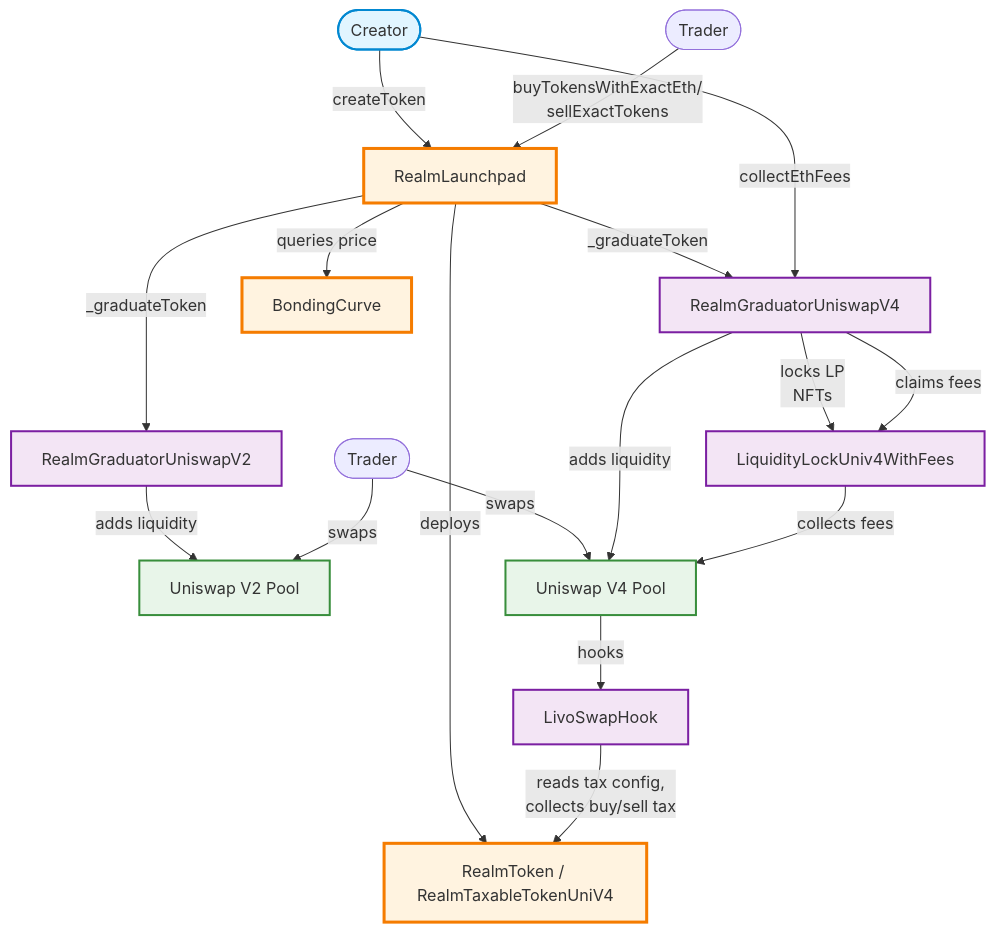
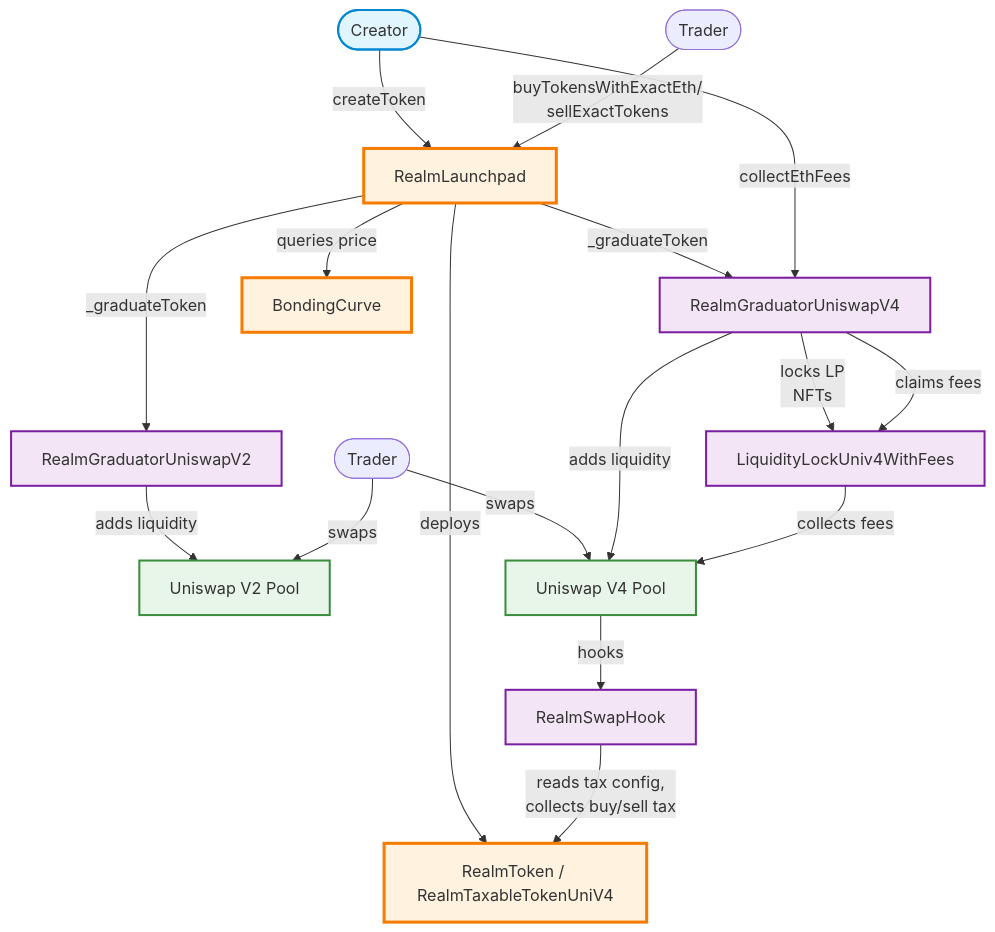
Before and after one commit to RealmLaunchpad/realm-contracts: the diagram in docs/realm-architecture.md, drawn with Mermaid. The commit also changed other lines of this file and 45 other files, not shown here.

````diff
--- a/docs/realm-architecture.md
+++ b/docs/realm-architecture.md
@@ -7,64 +7,64 @@
 ```mermaid
 graph TB
     %% Actors
     Creator([Creator])
     TraderPre([Trader])
     TraderPost([Trader])
 
     %% Main Contracts
     Launchpad[RealmLaunchpad]
     Token[RealmToken / RealmTaxableTokenUniV4]
     GraduatorV2[RealmGraduatorUniswapV2]
     GraduatorV4[RealmGraduatorUniswapV4]
-    SwapHook[LivoSwapHook]
+    SwapHook[RealmSwapHook]
     LiquidityLock[LiquidityLockUniv4WithFees]
 
     %% External Systems
     UniV2[Uniswap V2 Pool]
     UniV4[Uniswap V4 Pool]
 
     %% Token Creation Flow
     Creator -->|createToken| Launchpad
     Launchpad -->|deploys| Token
 
     %% Trading Flow (Pre-Graduation)
     TraderPre -->|buyTokensWithExactEth/
     sellExactTokens| Launchpad
     Launchpad -->|queries price| BondingCurve
 
     %% Graduation Flow - V2
     Launchpad -->|_graduateToken| GraduatorV2
     GraduatorV2 -->|adds liquidity| UniV2
 
     TraderPost -->|swaps| UniV4
 
     %% Graduation Flow - V4
     Launchpad -->|_graduateToken| GraduatorV4
     GraduatorV4 -->|adds liquidity| UniV4
     GraduatorV4 -->|locks LP
      NFTs| LiquidityLock
 
 
     %% Trading Flow (Post-Graduation)
     TraderPost -->|swaps| UniV2
 
     %% V4 Tax System
     UniV4 -->|hooks| SwapHook
     SwapHook -->|reads tax config,<br/>collects buy/sell tax| Token
 
     %% Fee Collection (V4)
     Creator -->|collectEthFees| GraduatorV4
     GraduatorV4 -->|claims fees| LiquidityLock
     LiquidityLock -->|collects fees| UniV4
 
     %% Styling
     classDef actor fill:#e1f5ff,stroke:#0288d1,stroke-width:2px
     classDef core fill:#fff3e0,stroke:#f57c00,stroke-width:3px
     classDef graduator fill:#f3e5f5,stroke:#7b1fa2,stroke-width:2px
     classDef external fill:#e8f5e9,stroke:#388e3c,stroke-width:2px
 
     class Creator,Trader actor
     class Launchpad,Token,BondingCurve core
     class GraduatorV2,GraduatorV4,SwapHook,LiquidityLock graduator
     class UniV2,UniV4 external
 ```
````
